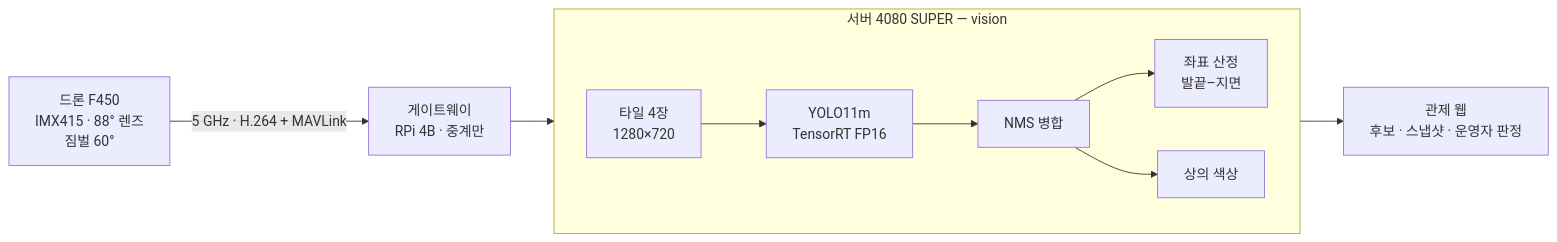
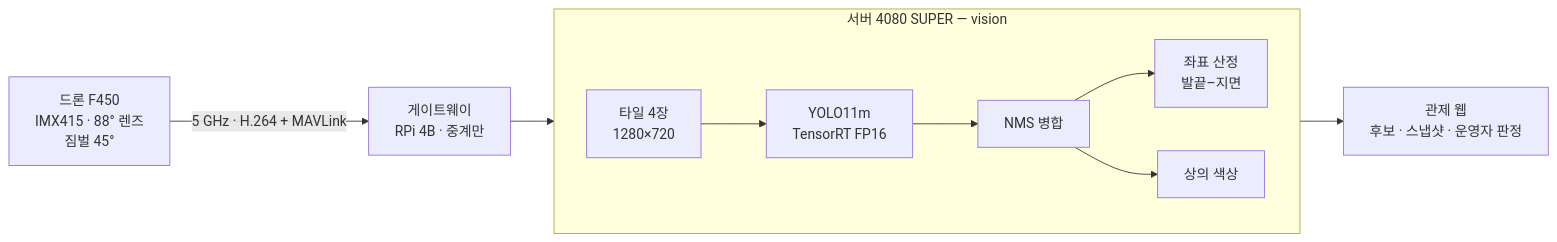
The first of 2 diagrams in obsidian/00 홈.md (tim9985/Capstone), drawn with Mermaid before and after one commit. The commit also changed other lines of this file and 106 other files, not shown here.

````diff
--- a/obsidian/00 홈.md
+++ b/obsidian/00 홈.md
@@ -39,12 +39,12 @@
 ```mermaid
 flowchart LR
-    A["드론 F450<br/>IMX415 · 88° 렌즈<br/>짐벌 60°"] -->|"5 GHz · H.264 + MAVLink"| B["게이트웨이<br/>RPi 4B · 중계만"]
+    A["드론 F450<br/>IMX415 · 88° 렌즈<br/>짐벌 45°"] -->|"5 GHz · H.264 + MAVLink"| B["게이트웨이<br/>RPi 4B · 중계만"]
     B --> S
     subgraph S["서버 4080 SUPER — vision"]
         direction LR
         C1["타일 4장<br/>1280×720"] --> C2["YOLO11m<br/>TensorRT FP16"] --> C3["NMS 병합"]
         C3 --> C4["좌표 산정<br/>발끝–지면"]
         C3 --> C5["상의 색상"]
     end
     S --> D["관제 웹<br/>후보 · 스냅샷 · 운영자 판정"]
 ```
````
